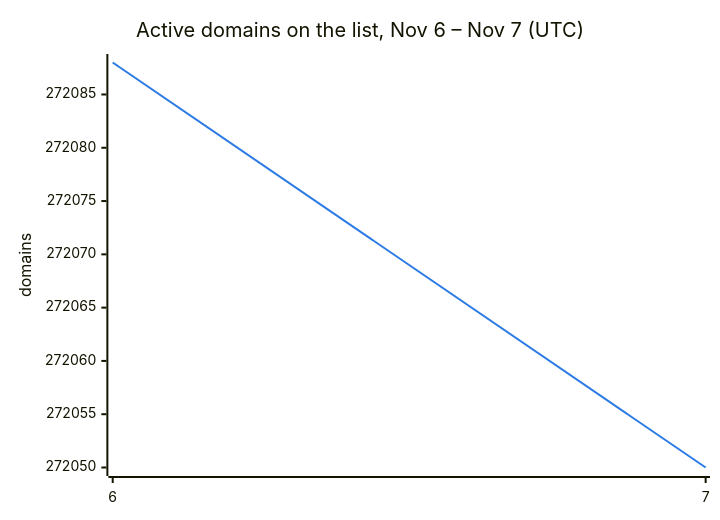
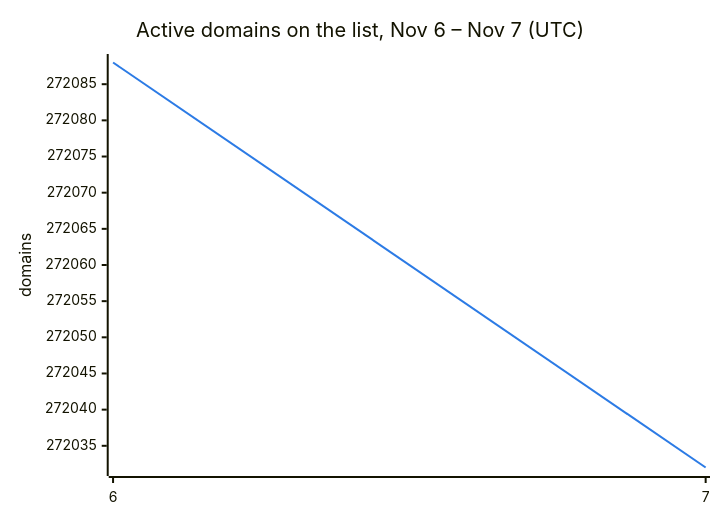
One commit to DNSBunker/CTI changed the second of 3 diagrams in README.md. Above: the diagram before and after it, drawn with Mermaid. The commit also changed other lines of this file and 3 other files, not shown here.

````diff
--- a/README.md
+++ b/README.md
@@ -38,8 +38,8 @@
 ```mermaid
 %%{init: {"themeVariables": {"xyChart": {"plotColorPalette": "#2c7be5"}}}}%%
 xychart-beta
     title "Active domains on the list, Nov 6 – Nov 7 (UTC)"
     x-axis ["6", "7"]
     y-axis "domains"
-    line [272088, 272050]
+    line [272088, 272032]
 ```
````
